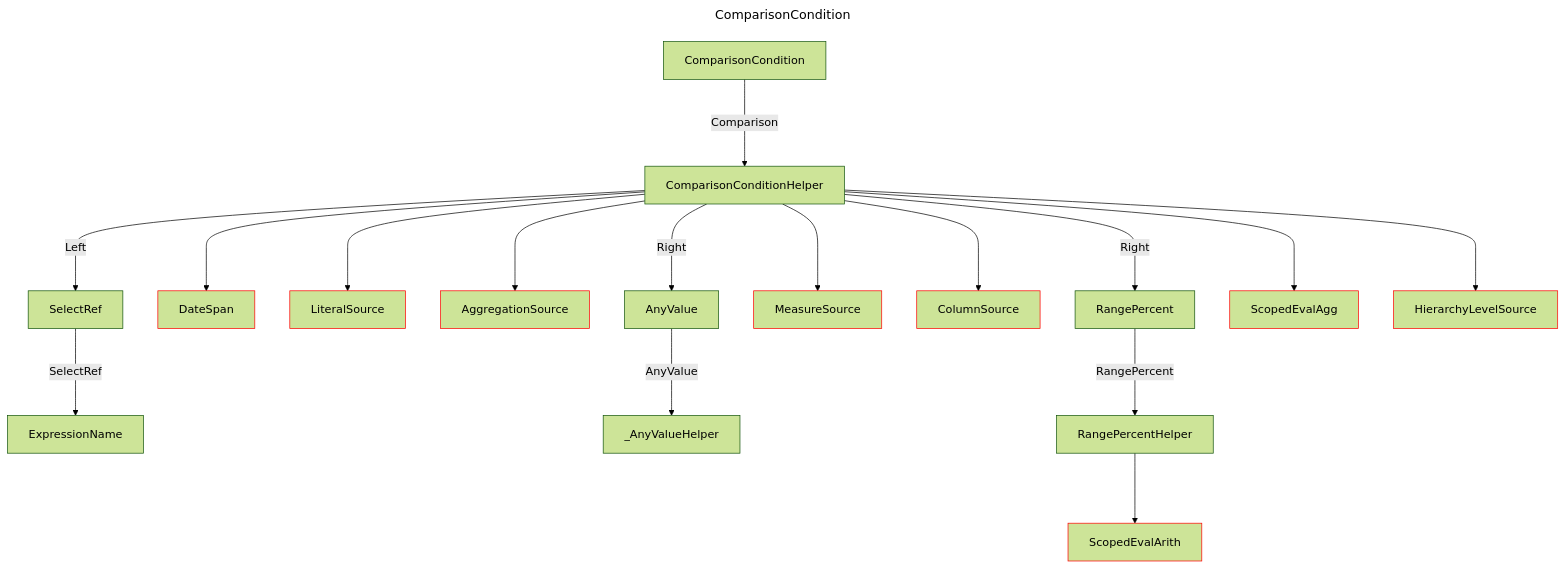
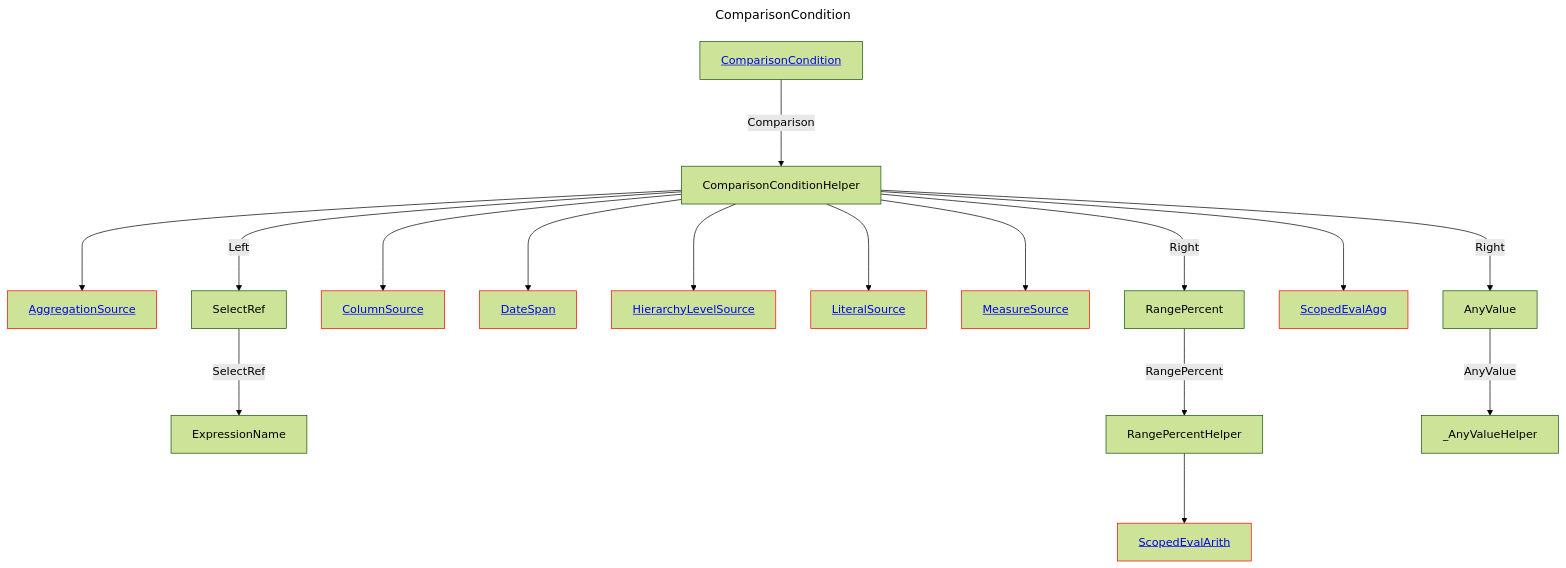
The diagram in docs/docs/layout/erd/ComparisonCondition.md (douglassimonsen/pbi_core), drawn with Mermaid (forest theme) before and after one commit. The commit also changed 76 other files, not shown here.

````diff
--- a/docs/docs/layout/erd/ComparisonCondition.md
+++ b/docs/docs/layout/erd/ComparisonCondition.md
@@ -1,45 +1,45 @@
 ```mermaid
 ---
 title: ComparisonCondition
 ---
 graph 
-2430071874368["ComparisonCondition"]
-2430071826544["AnyValue"]
-2430071852896["DateSpan"]
-style 2430071852896 stroke:#ff0000,stroke-width:1px
-2430071816784["LiteralSource"]
-style 2430071816784 stroke:#ff0000,stroke-width:1px
-2430071366800["ExpressionName"]
-2430071358016["AggregationSource"]
-style 2430071358016 stroke:#ff0000,stroke-width:1px
-2430071858752["RangePercent"]
-2430071837280["_AnyValueHelper"]
-2430071359968["MeasureSource"]
-style 2430071359968 stroke:#ff0000,stroke-width:1px
-2430071365824["ColumnSource"]
-style 2430071365824 stroke:#ff0000,stroke-width:1px
-2430071356064["SelectRef"]
-2430071848992["ComparisonConditionHelper"]
-2430071371680["ScopedEvalAgg"]
-style 2430071371680 stroke:#ff0000,stroke-width:1px
-2430071848016["RangePercentHelper"]
-2430071376560["ScopedEvalArith"]
-style 2430071376560 stroke:#ff0000,stroke-width:1px
-2430071363872["HierarchyLevelSource"]
-style 2430071363872 stroke:#ff0000,stroke-width:1px
-2430071848992 --->|Right| 2430071826544
-2430071848992 ---> 2430071363872
-2430071848992 ---> 2430071358016
-2430071848992 ---> 2430071852896
-2430071848992 ---> 2430071816784
-2430071848992 --->|Left| 2430071356064
-2430071356064 --->|SelectRef| 2430071366800
-2430071848992 --->|Right| 2430071858752
-2430071848016 ---> 2430071376560
-2430071848992 ---> 2430071365824
-2430071848992 ---> 2430071371680
-2430071848992 ---> 2430071359968
-2430071874368 --->|Comparison| 2430071848992
-2430071826544 --->|AnyValue| 2430071837280
-2430071858752 --->|RangePercent| 2430071848016
+AggregationSource[<a href='/layout/erd/AggregationSource'>AggregationSource</a>]
+style AggregationSource stroke:#ff0000,stroke-width:1px
+AnyValue[AnyValue]
+ColumnSource[<a href='/layout/erd/ColumnSource'>ColumnSource</a>]
+style ColumnSource stroke:#ff0000,stroke-width:1px
+ComparisonCondition[<a href='/layout/erd/ComparisonCondition'>ComparisonCondition</a>]
+ComparisonConditionHelper[ComparisonConditionHelper]
+DateSpan[<a href='/layout/erd/DateSpan'>DateSpan</a>]
+style DateSpan stroke:#ff0000,stroke-width:1px
+ExpressionName[ExpressionName]
+HierarchyLevelSource[<a href='/layout/erd/HierarchyLevelSource'>HierarchyLevelSource</a>]
+style HierarchyLevelSource stroke:#ff0000,stroke-width:1px
+LiteralSource[<a href='/layout/erd/LiteralSource'>LiteralSource</a>]
+style LiteralSource stroke:#ff0000,stroke-width:1px
+MeasureSource[<a href='/layout/erd/MeasureSource'>MeasureSource</a>]
+style MeasureSource stroke:#ff0000,stroke-width:1px
+RangePercent[RangePercent]
+RangePercentHelper[RangePercentHelper]
+ScopedEvalAgg[<a href='/layout/erd/ScopedEvalAgg'>ScopedEvalAgg</a>]
+style ScopedEvalAgg stroke:#ff0000,stroke-width:1px
+ScopedEvalArith[<a href='/layout/erd/ScopedEvalArith'>ScopedEvalArith</a>]
+style ScopedEvalArith stroke:#ff0000,stroke-width:1px
+SelectRef[SelectRef]
+_AnyValueHelper[_AnyValueHelper]
+ComparisonCondition --->|Comparison| ComparisonConditionHelper
+SelectRef --->|SelectRef| ExpressionName
+AnyValue --->|AnyValue| _AnyValueHelper
+ComparisonConditionHelper ---> HierarchyLevelSource
+RangePercentHelper ---> ScopedEvalArith
+ComparisonConditionHelper ---> MeasureSource
+ComparisonConditionHelper ---> ScopedEvalAgg
+ComparisonConditionHelper --->|Left| SelectRef
+ComparisonConditionHelper ---> LiteralSource
+ComparisonConditionHelper --->|Right| AnyValue
+RangePercent --->|RangePercent| RangePercentHelper
+ComparisonConditionHelper --->|Right| RangePercent
+ComparisonConditionHelper ---> DateSpan
+ComparisonConditionHelper ---> AggregationSource
+ComparisonConditionHelper ---> ColumnSource
 ```
````
